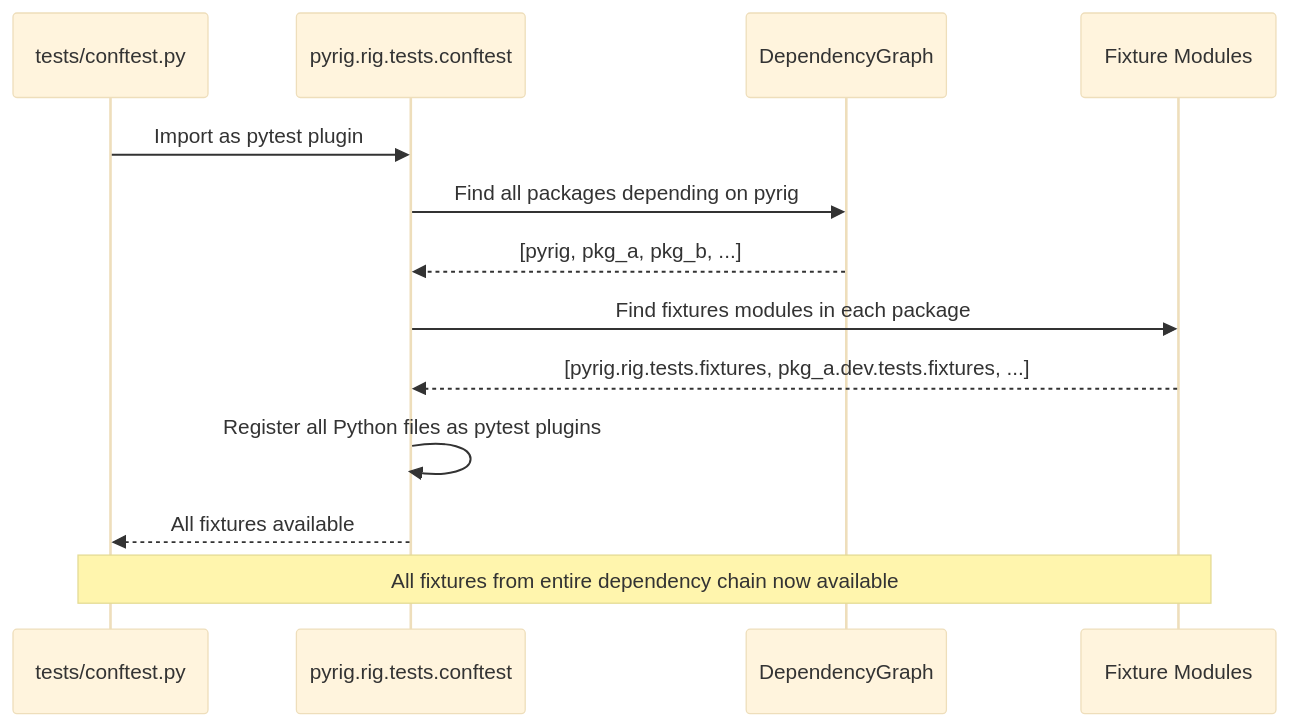
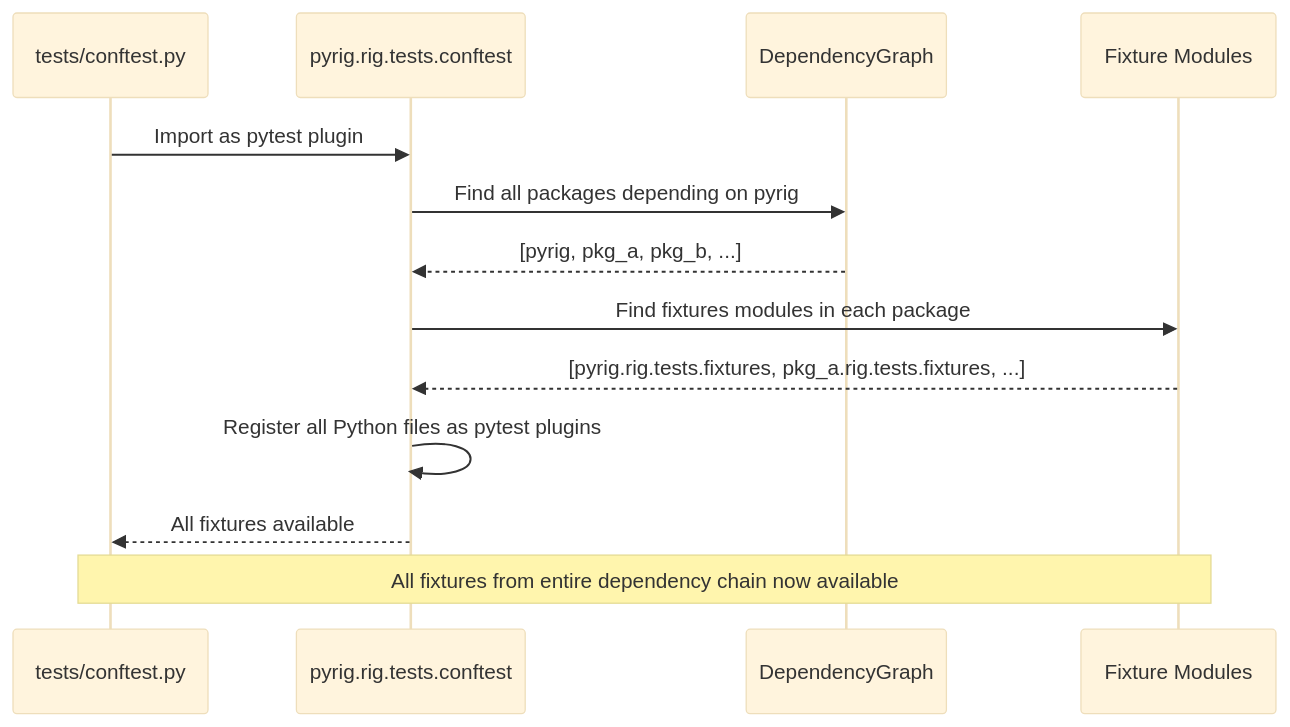
The second of 3 diagrams in docs/tests/fixtures.md (Winipedia/pyrig), drawn with Mermaid (base theme) before and after one commit. The commit also changed other lines of this file and 53 other files, not shown here.

Commit message:
updated docs to reflect renaming from dev to rig

````diff
--- a/docs/tests/fixtures.md
+++ b/docs/tests/fixtures.md
@@ -34,17 +34,17 @@
 ```mermaid
 sequenceDiagram
     participant T as tests/conftest.py
     participant P as pyrig.rig.tests.conftest
     participant D as DependencyGraph
     participant F as Fixture Modules
 
     T->>P: Import as pytest plugin
     P->>D: Find all packages depending on pyrig
     D-->>P: [pyrig, pkg_a, pkg_b, ...]
     P->>F: Find fixtures modules in each package
-    F-->>P: [pyrig.rig.tests.fixtures, pkg_a.dev.tests.fixtures, ...]
+    F-->>P: [pyrig.rig.tests.fixtures, pkg_a.rig.tests.fixtures, ...]
     P->>P: Register all Python files as pytest plugins
     P-->>T: All fixtures available
 
     Note over T,F: All fixtures from entire dependency chain now available
 ```
````
